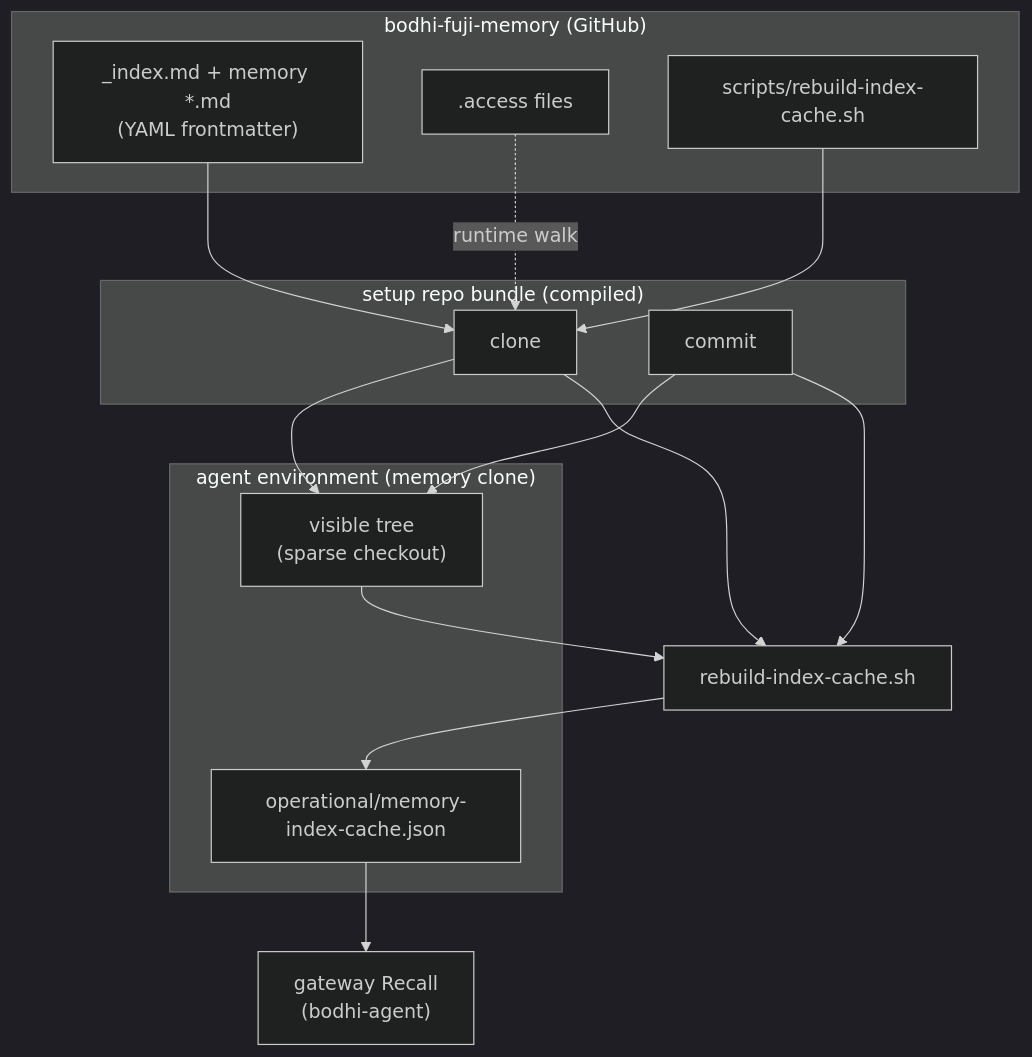
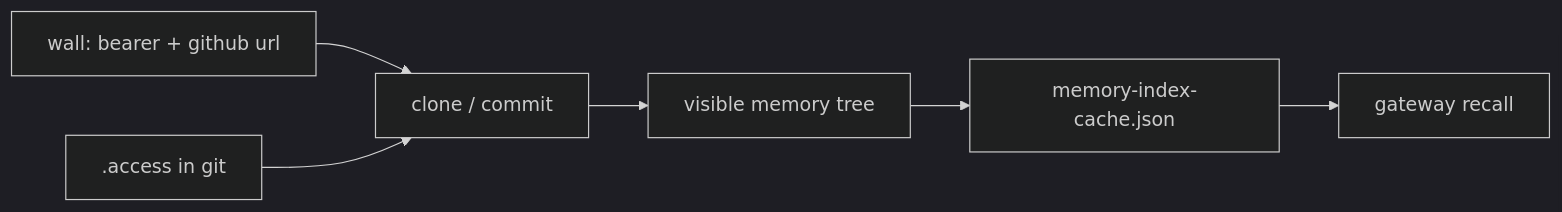
The diagram in task/memory-index-redesign.md (KateYoak/bodhi-fuji-memory), drawn with Mermaid (dark theme) before and after one commit. The commit also changed other lines of this file and 1 other file, not shown here.

First line of the commit message:
Merge agent environment §3: access, sync, cache, and recall in one section.

````diff
--- a/task/memory-index-redesign.md
+++ b/task/memory-index-redesign.md
@@ -541,31 +203,15 @@
 ```mermaid
-flowchart TB
-  subgraph github["bodhi-fuji-memory (GitHub)"]
-    FM["_index.md + memory *.md\n(YAML frontmatter)"]
-    ACC[".access files"]
-    SCR["scripts/rebuild-index-cache.sh"]
-  end
+flowchart LR
+  WALL["wall: bearer + github url"]
+  ACC[".access in git"]
+  BIN["clone / commit"]
+  TREE["visible memory tree"]
+  CACHE["memory-index-cache.json"]
+  GW["gateway recall"]
 
-  subgraph trusted["setup repo bundle (compiled)"]
-    CLONE["clone"]
-    COMMIT["commit"]
-  end
-
-  subgraph env["agent environment (memory clone)"]
-    VIS["visible tree\n(sparse checkout)"]
-    CACHE["operational/memory-index-cache.json"]
-  end
-
-  GW["gateway Recall\n(bodhi-agent)"]
-
-  ACC -.->|runtime walk| CLONE
-  FM --> CLONE
-  SCR --> CLONE
-  CLONE --> VIS
-  COMMIT --> VIS
-  COMMIT --> RUN["rebuild-index-cache.sh"]
-  CLONE --> RUN
-  VIS --> RUN
-  RUN --> CACHE
+  WALL --> BIN
+  ACC --> BIN
+  BIN --> TREE
+  TREE --> CACHE
   CACHE --> GW
 ```
````
